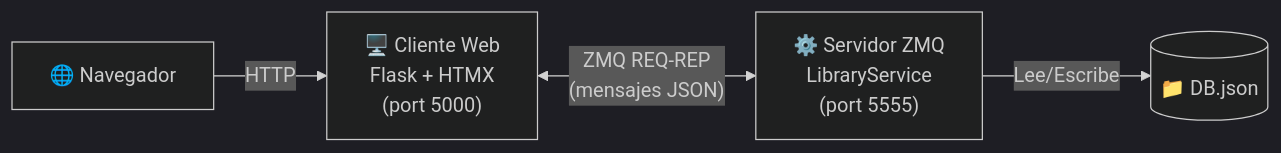
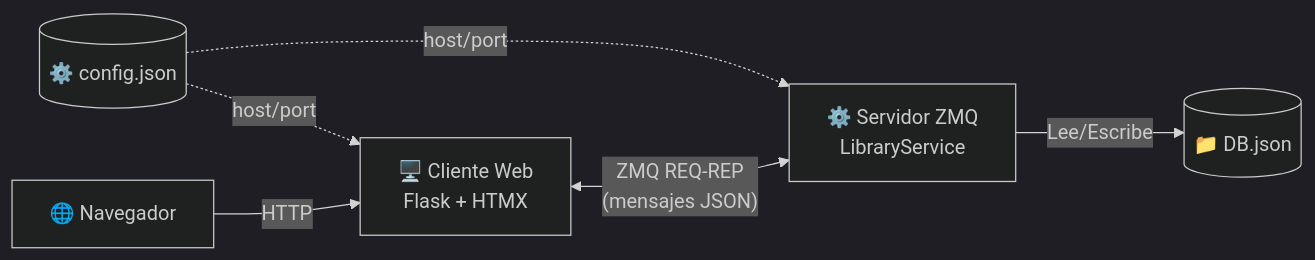
The diagram in README.md (CarefreeHarp/RMI-Workshop), drawn with Mermaid (dark theme) before and after one commit. The commit also changed other lines of this file and 4 other files, not shown here.

````diff
--- a/README.md
+++ b/README.md
@@ -7,11 +7,14 @@
 ```mermaid
 graph LR
     Browser["🌐 Navegador"]
-    Client["🖥️ Cliente Web\nFlask + HTMX\n(port 5000)"]
-    Server["⚙️ Servidor ZMQ\nLibraryService\n(port 5555)"]
+    Config[("⚙️ config.json")]
+    Client["🖥️ Cliente Web\nFlask + HTMX"]
+    Server["⚙️ Servidor ZMQ\nLibraryService"]
     DB[("📁 DB.json")]
 
+    Config -.->|host/port| Client
+    Config -.->|host/port| Server
     Browser -->|HTTP| Client
     Client <-->|"ZMQ REQ-REP\n(mensajes JSON)"| Server
     Server -->|Lee/Escribe| DB
 ```
````
